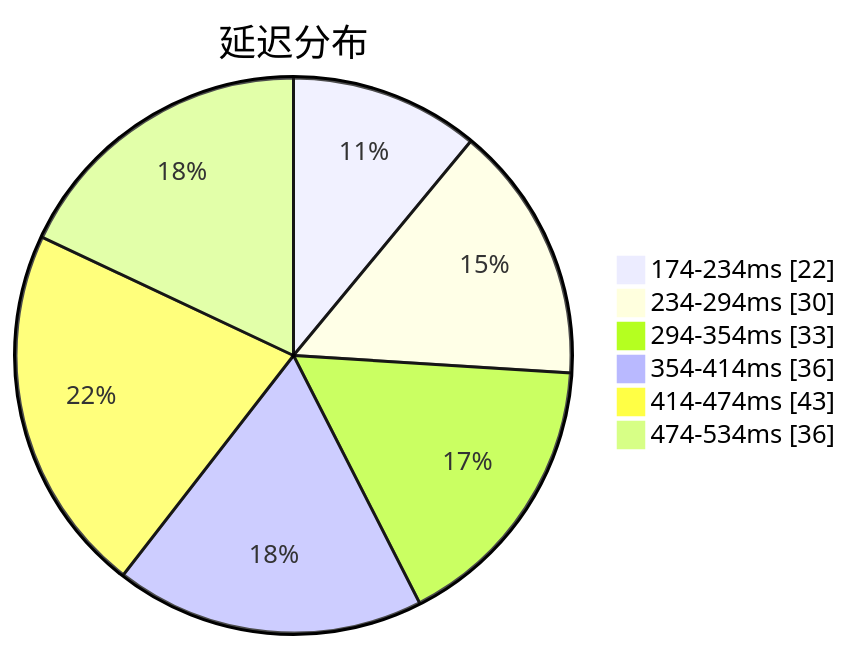
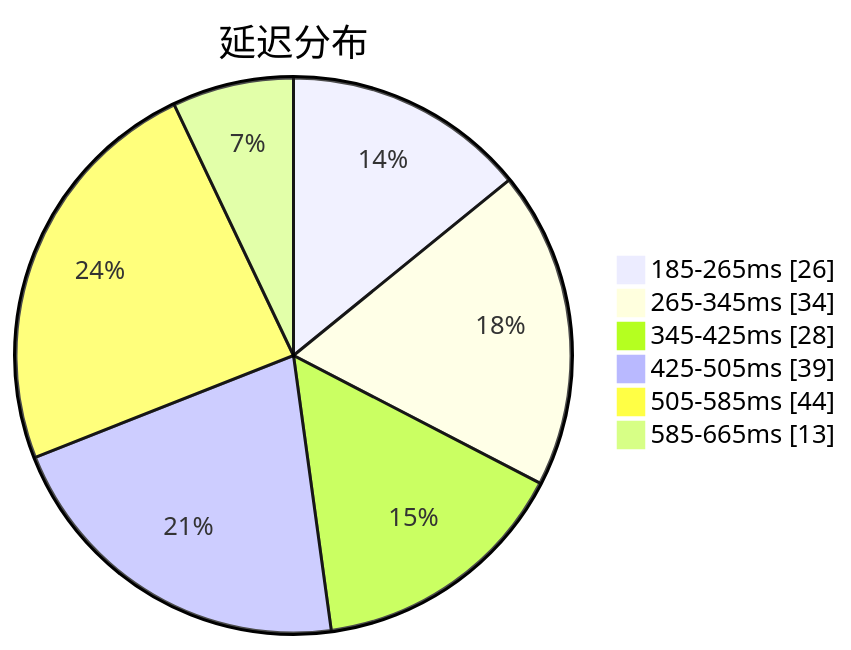
Before and after one commit to qjlxg/airport: the first of 3 diagrams in subs/statistics/tested_within.md, drawn with Mermaid. The commit also changed other lines of this file and 2 other files, not shown here.

````diff
--- a/subs/statistics/tested_within.md
+++ b/subs/statistics/tested_within.md
@@ -2,10 +2,10 @@
 ```mermaid
 pie showData
 title 延迟分布
-"174-234ms" : 22
-"234-294ms" : 30
-"294-354ms" : 33
-"354-414ms" : 36
-"414-474ms" : 43
-"474-534ms" : 36
+"185-265ms" : 26
+"265-345ms" : 34
+"345-425ms" : 28
+"425-505ms" : 39
+"505-585ms" : 44
+"585-665ms" : 13
 ```
````
